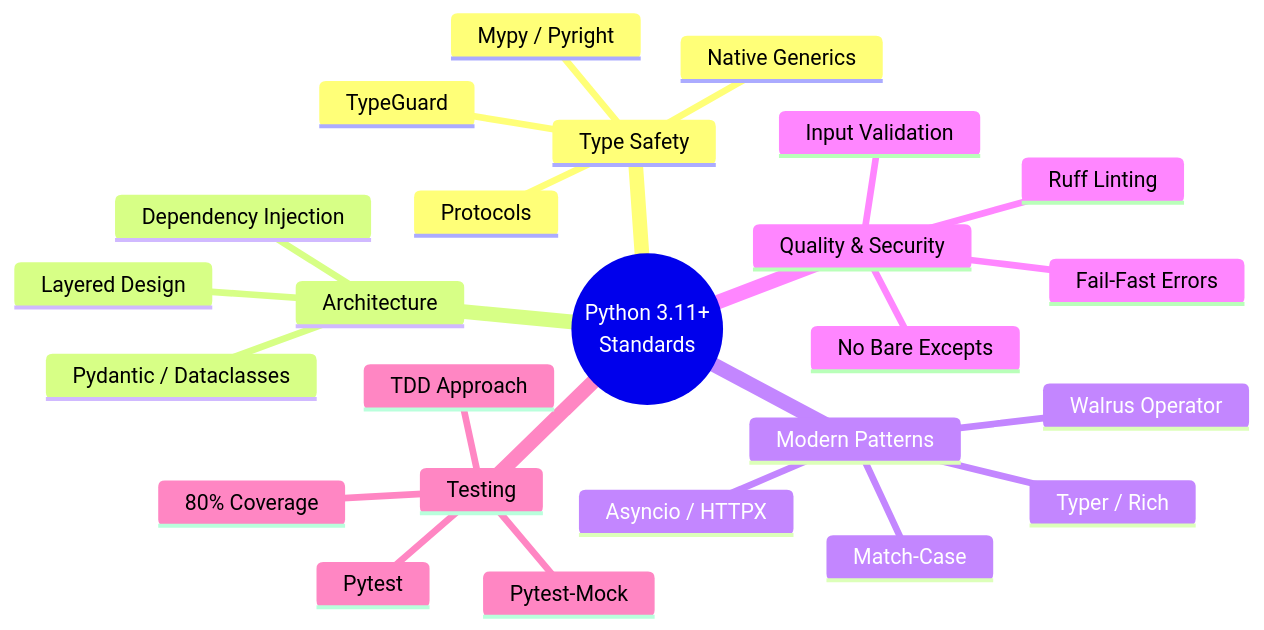
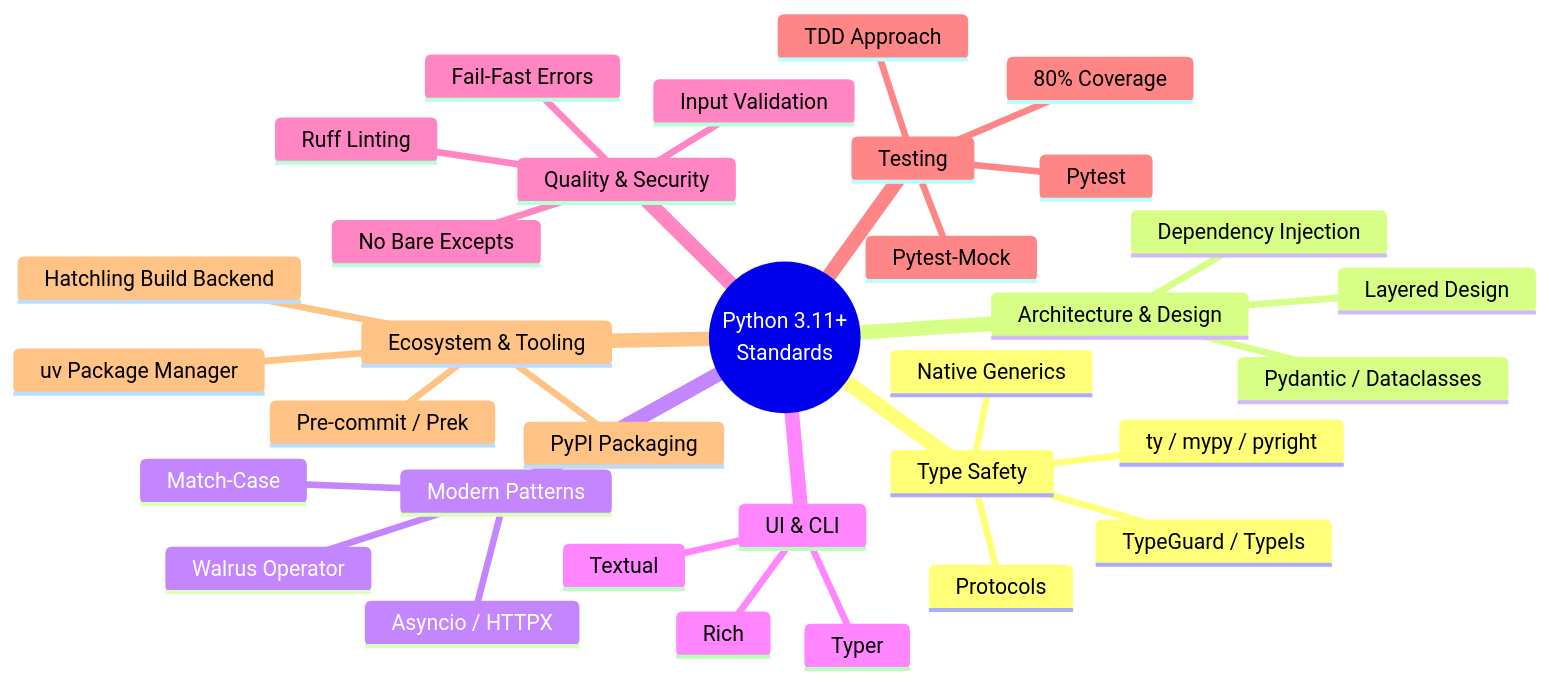
The first of 2 diagrams in plugins/python3-development/skills/python3-development/references/python3-standards.md (chgreer1070/claude_skills), drawn with Mermaid before and after one commit. The commit also changed other lines of this file and 8 other files, not shown here.

````diff
--- a/plugins/python3-development/skills/python3-development/references/python3-standards.md
+++ b/plugins/python3-development/skills/python3-development/references/python3-standards.md
@@ -49,28 +86,36 @@
 ```mermaid
 mindmap
   root((Python 3.11+<br/>Standards))
     Type Safety
       Native Generics
       Protocols
-      TypeGuard
-      Mypy / Pyright
-    Architecture
+      TypeGuard / TypeIs
+      ty / mypy / pyright
+    Architecture & Design
       Layered Design
       Dependency Injection
       Pydantic / Dataclasses
     Modern Patterns
       Match-Case
       Walrus Operator
       Asyncio / HTTPX
-      Typer / Rich
+    UI & CLI
+      Typer
+      Rich
+      Textual
     Quality & Security
       Fail-Fast Errors
       Ruff Linting
       No Bare Excepts
       Input Validation
     Testing
       Pytest
       Pytest-Mock
       TDD Approach
       80% Coverage
+    Ecosystem & Tooling
+      uv Package Manager
+      Hatchling Build Backend
+      Pre-commit / Prek
+      PyPI Packaging
 ```
````
